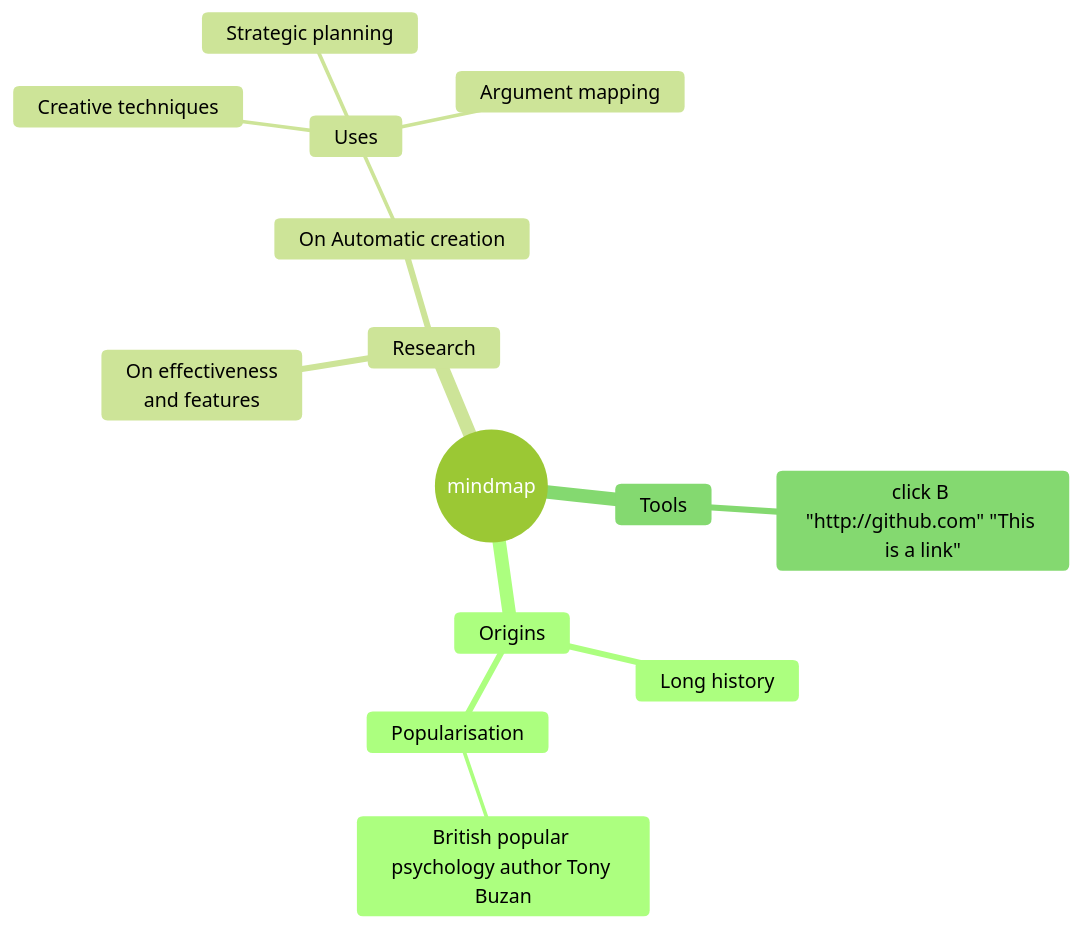
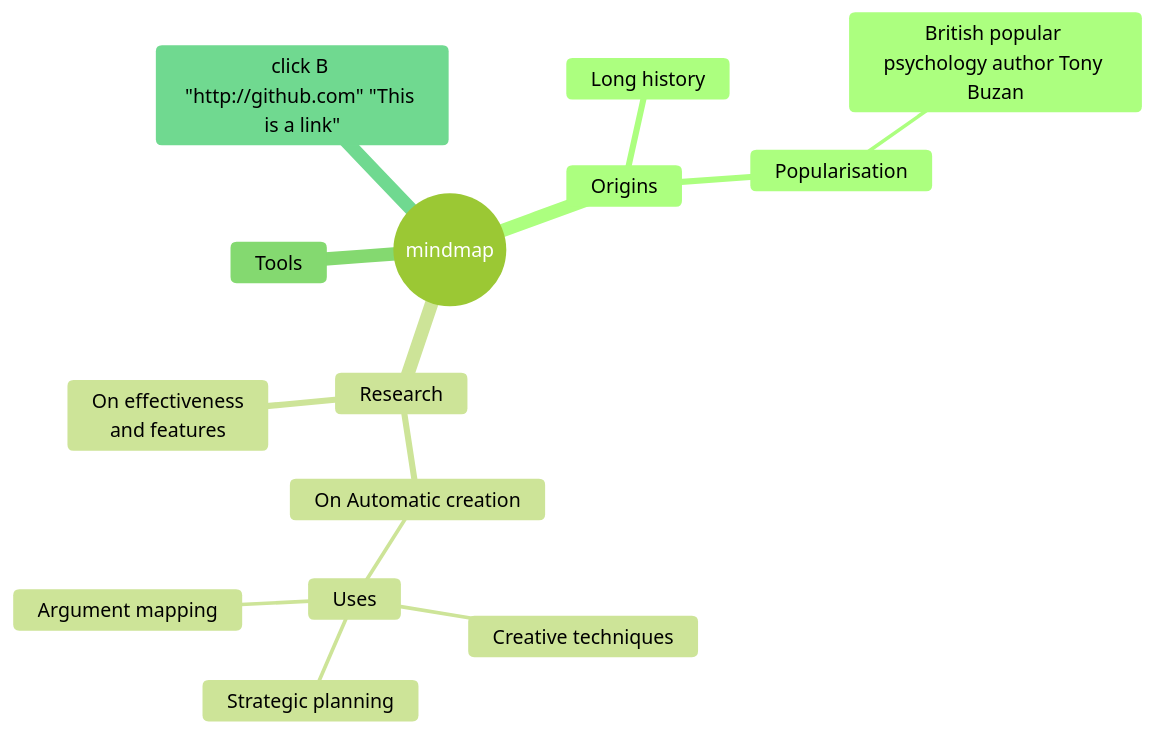
The diagram in test1.md (aghazadehm/test), drawn with Mermaid (forest theme) before and after one commit.

````diff
--- a/test1.md
+++ b/test1.md
@@ -1,18 +1,18 @@
 ```mermaid
 mindmap
   root((mindmap))
     Origins
       Long history
       ::icon(fa fa-book)
       Popularisation
         British popular psychology author Tony Buzan
     Research
       On effectiveness<br/>and features
       On Automatic creation
         Uses
             Creative techniques
             Strategic planning
             Argument mapping
     Tools
-     click B "http://github.com" "This is a link"
+    click B "http://github.com" "This is a link"
 ```
````
